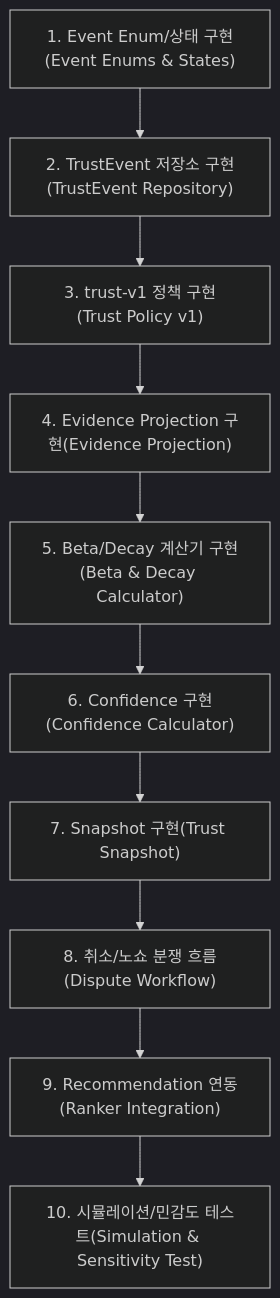
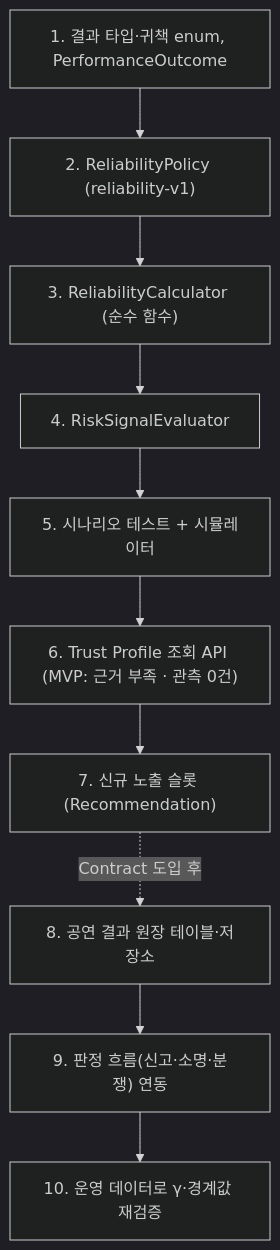
The second of 4 diagrams in docs/adr/artist_trust_architecture/06_database_and_implementation_roadmap.md (nsuCapstoneTeam/NSU_CAPSTONE), drawn with Mermaid (dark theme) before and after one commit. The commit also changed other lines of this file and 13 other files, not shown here.

````diff
--- a/docs/adr/artist_trust_architecture/06_database_and_implementation_roadmap.md
+++ b/docs/adr/artist_trust_architecture/06_database_and_implementation_roadmap.md
@@ -329,13 +356,13 @@
 ```mermaid
 flowchart TD
-    S1["1. Event Enum/상태 구현(Event Enums & States)"]
-    S1 --> S2["2. TrustEvent 저장소 구현(TrustEvent Repository)"]
-    S2 --> S3["3. trust-v1 정책 구현(Trust Policy v1)"]
-    S3 --> S4["4. Evidence Projection 구현(Evidence Projection)"]
-    S4 --> S5["5. Beta/Decay 계산기 구현(Beta & Decay Calculator)"]
-    S5 --> S6["6. Confidence 구현(Confidence Calculator)"]
-    S6 --> S7["7. Snapshot 구현(Trust Snapshot)"]
-    S7 --> S8["8. 취소/노쇼 분쟁 흐름(Dispute Workflow)"]
-    S8 --> S9["9. Recommendation 연동(Ranker Integration)"]
-    S9 --> S10["10. 시뮬레이션/민감도 테스트(Simulation & Sensitivity Test)"]
+    S1["1. 결과 타입·귀책 enum, PerformanceOutcome"]
+    S1 --> S2["2. ReliabilityPolicy (reliability-v1)"]
+    S2 --> S3["3. ReliabilityCalculator (순수 함수)"]
+    S3 --> S4["4. RiskSignalEvaluator"]
+    S4 --> S5["5. 시나리오 테스트 + 시뮬레이터"]
+    S5 --> S6["6. Trust Profile 조회 API (MVP: 근거 부족 · 관측 0건)"]
+    S6 --> S7["7. 신규 노출 슬롯 (Recommendation)"]
+    S7 -.->|Contract 도입 후| S8["8. 공연 결과 원장 테이블·저장소"]
+    S8 --> S9["9. 판정 흐름(신고·소명·분쟁) 연동"]
+    S9 --> S10["10. 운영 데이터로 γ·경계값 재검증"]
 ```
````
